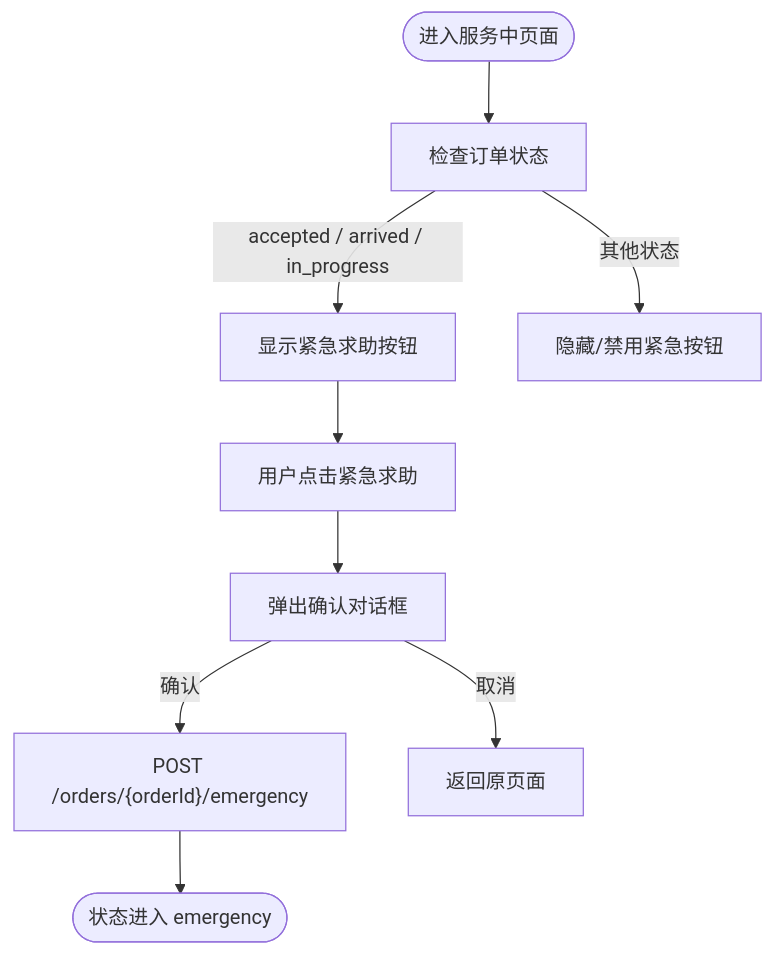
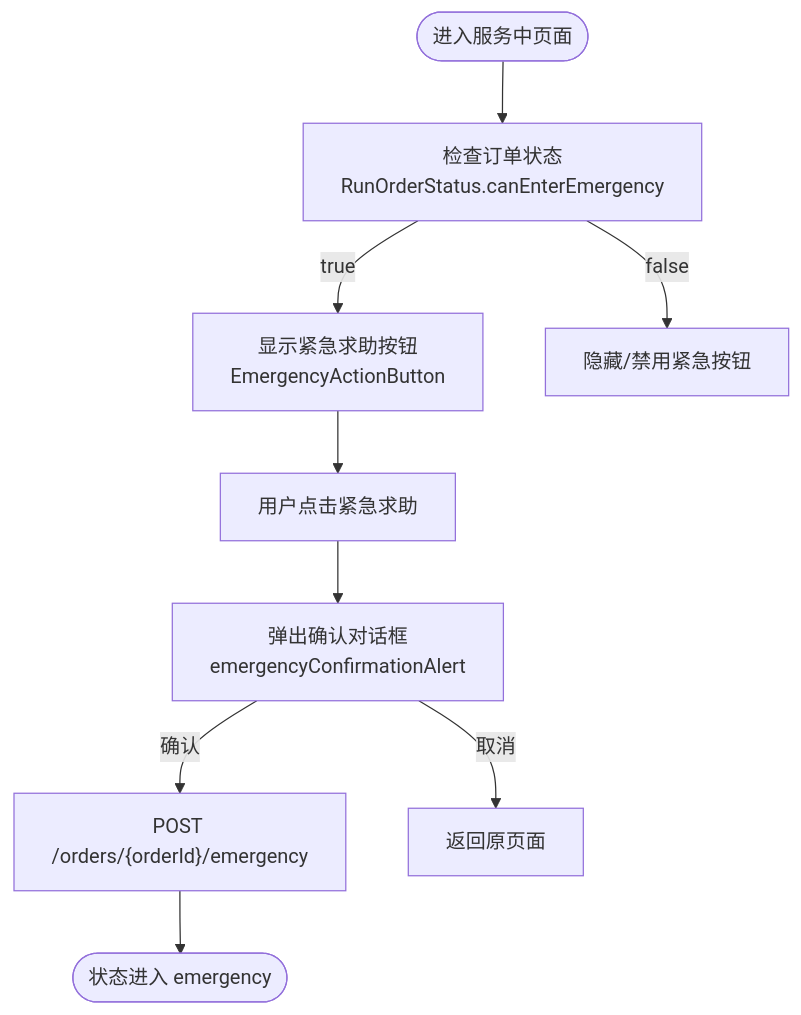
The third of 8 diagrams in .qoder/repowiki/zh/content/架构设计/模块化架构设计/Safety 安全模块.md (Jayden23018/blind-run-ios), drawn with Mermaid before and after one commit. The commit also changed other lines of this file and 11 other files, not shown here.

````diff
--- a/.qoder/repowiki/zh/content/架构设计/模块化架构设计/Safety 安全模块.md
+++ b/.qoder/repowiki/zh/content/架构设计/模块化架构设计/Safety 安全模块.md
@@ -109,11 +132,11 @@
 ```mermaid
 flowchart TD
-Start(["进入服务中页面"]) --> Check["检查订单状态"]
-Check --> |accepted / arrived / in_progress| Enable["显示紧急求助按钮"]
-Check --> |其他状态| Disable["隐藏/禁用紧急按钮"]
+Start(["进入服务中页面"]) --> Check["检查订单状态<br/>RunOrderStatus.canEnterEmergency"]
+Check --> |true| Enable["显示紧急求助按钮<br/>EmergencyActionButton"]
+Check --> |false| Disable["隐藏/禁用紧急按钮"]
 Enable --> Tap["用户点击紧急求助"]
-Tap --> Confirm["弹出确认对话框"]
+Tap --> Confirm["弹出确认对话框<br/>emergencyConfirmationAlert"]
 Confirm --> |确认| Emergency["POST /orders/{orderId}/emergency"]
 Emergency --> End(["状态进入 emergency"])
 Confirm --> |取消| Cancel["返回原页面"]
 ```
````
